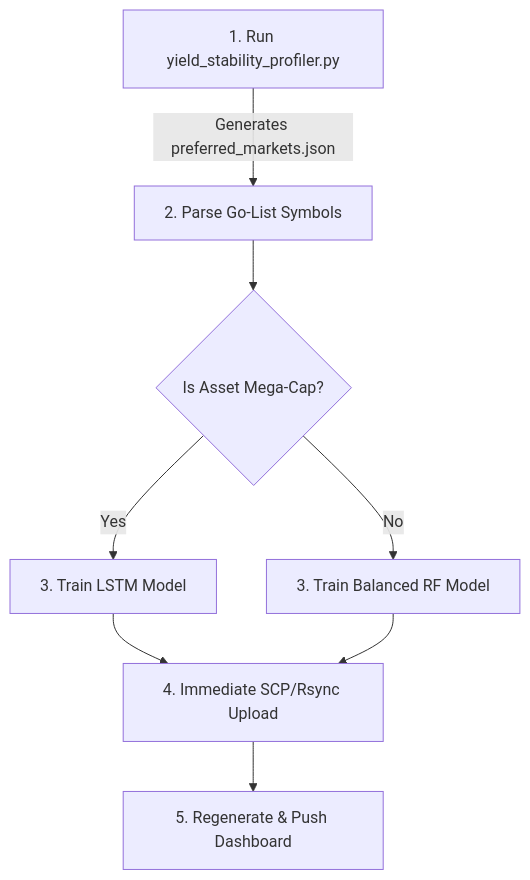
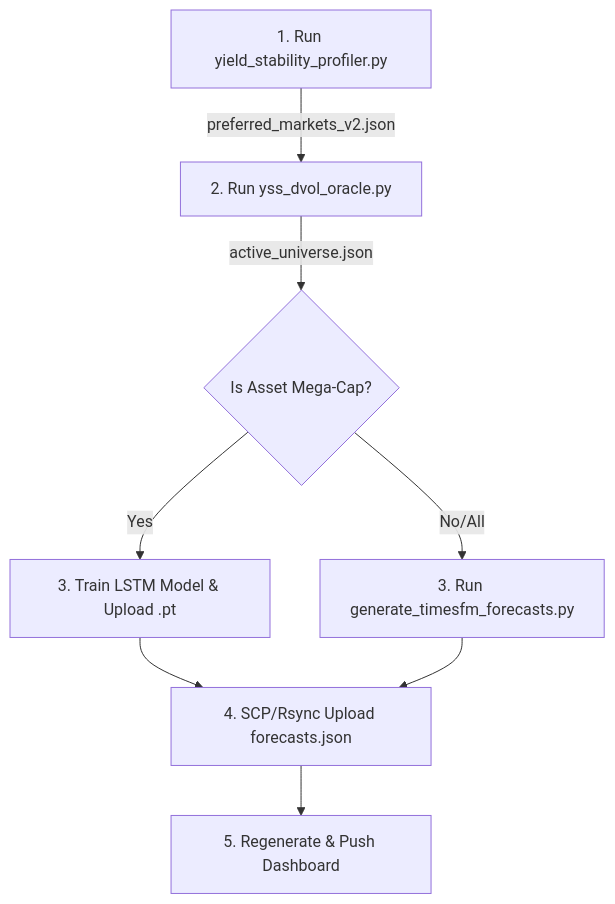
Before and after one commit to stefanbund/stadium-public-data: the first of 2 diagrams in coinbase/SYSTEM_ARCHITECTURE.md, drawn with Mermaid. The commit also changed other lines of this file, not shown here.

Commit message:
[coinbase] MLOps Architecture Blueprint Deployment: 2026-07-19 07:39:36

````diff
--- a/coinbase/SYSTEM_ARCHITECTURE.md
+++ b/coinbase/SYSTEM_ARCHITECTURE.md
@@ -37,10 +36,10 @@
             ```mermaid
             graph TD
-                A[1. Run yield_stability_profiler.py] -->|Generates preferred_markets.json| B[2. Parse Go-List Symbols]
-                B --> C{Is Asset Mega-Cap?}
-                C -->|Yes| D[3. Train LSTM Model]
-                C -->|No| E[3. Train Balanced RF Model]
-                D --> F[4. Immediate SCP/Rsync Upload]
+                A["1. Run yield_stability_profiler.py"] -->|preferred_markets_v2.json| B["2. Run yss_dvol_oracle.py"]
+                B -->|active_universe.json| C{Is Asset Mega-Cap?}
+                C -->|Yes| D["3. Train LSTM Model & Upload .pt"]
+                C -->|No/All| E["3. Run generate_timesfm_forecasts.py"]
+                D --> F["4. SCP/Rsync Upload forecasts.json"]
                 E --> F
-                F --> G[5. Regenerate & Push Dashboard]
+                F --> G["5. Regenerate & Push Dashboard"]
             ```
````
